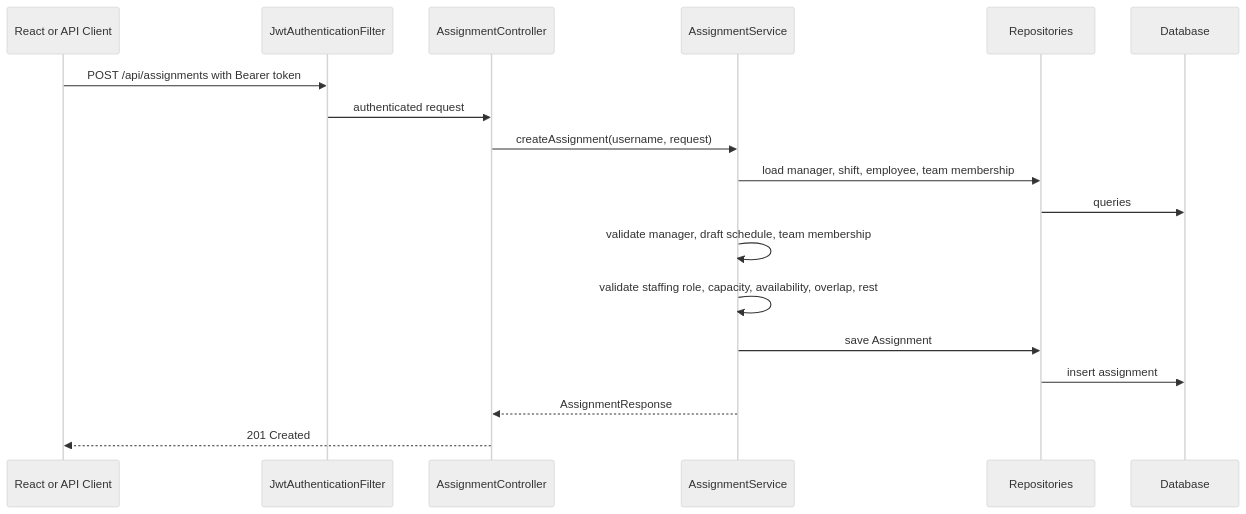
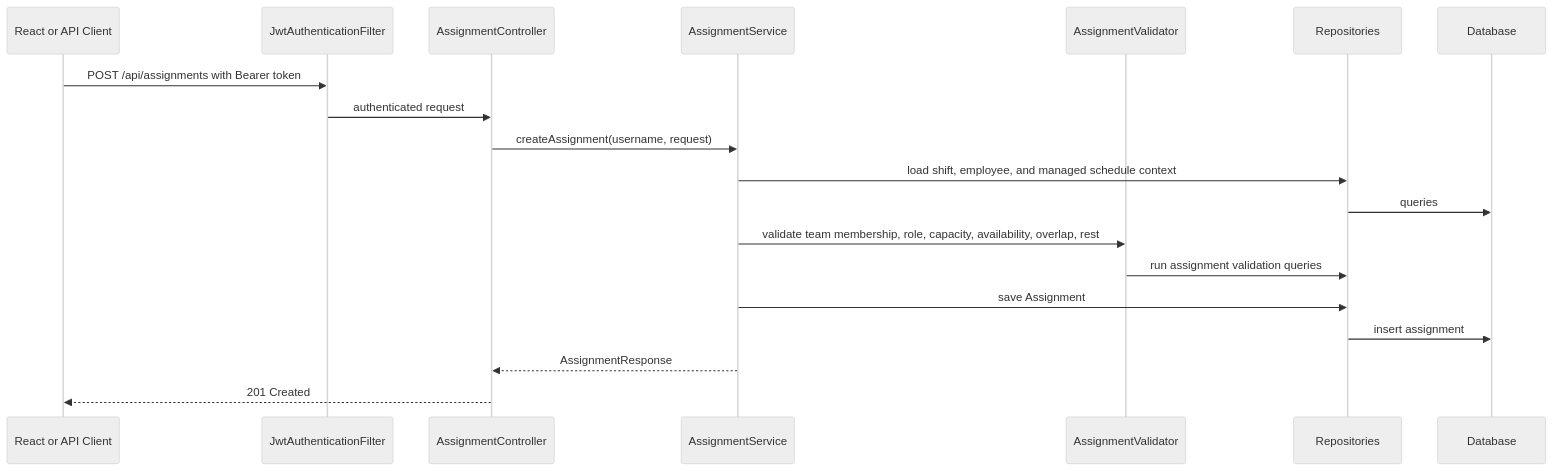
One commit to HiliMor/shift-management-system changed diagram 14 of 19 in docs/current-backend-architecture.md. Above: the diagram before and after it, drawn with Mermaid (neutral theme). The commit also changed other lines of this file and 5 other files, not shown here.

Commit message:
Assignment refactor: Extract assignment validator

````diff
--- a/docs/current-backend-architecture.md
+++ b/docs/current-backend-architecture.md
@@ -561,21 +562,22 @@
 ```mermaid
 sequenceDiagram
     participant Client as React or API Client
     participant Security as JwtAuthenticationFilter
     participant AssignmentController
     participant AssignmentService
+    participant AssignmentValidator
     participant Repositories
     participant Database
 
     Client->>Security: POST /api/assignments with Bearer token
     Security->>AssignmentController: authenticated request
     AssignmentController->>AssignmentService: createAssignment(username, request)
-    AssignmentService->>Repositories: load manager, shift, employee, team membership
+    AssignmentService->>Repositories: load shift, employee, and managed schedule context
     Repositories->>Database: queries
-    AssignmentService->>AssignmentService: validate manager, draft schedule, team membership
-    AssignmentService->>AssignmentService: validate staffing role, capacity, availability, overlap, rest
+    AssignmentService->>AssignmentValidator: validate team membership, role, capacity, availability, overlap, rest
+    AssignmentValidator->>Repositories: run assignment validation queries
     AssignmentService->>Repositories: save Assignment
     Repositories->>Database: insert assignment
     AssignmentService-->>AssignmentController: AssignmentResponse
     AssignmentController-->>Client: 201 Created
 ```
````
